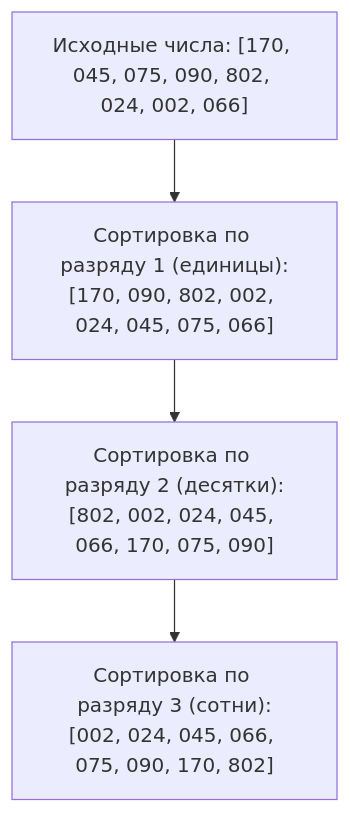
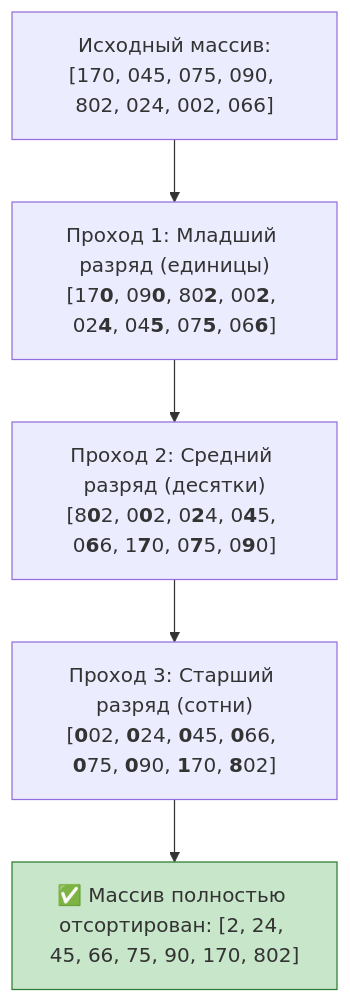
Before and after one commit to Kefirleos/itmo-vault: the second of 2 diagrams in Конспекты/1 семестр/Поток 2/Алгоритмы и структуры данных/02. Лекция - Линейные сортировки (Counting, Radix, Bucket) и нижняя оценка сравнений (2026-09-19).md, drawn with Mermaid. The commit also changed other lines of this file and 2 other files, not shown here.

````diff
--- a/Конспекты/1 семестр/Поток 2/Алгоритмы и структуры данных/02. Лекция - Линейные сортировки (Counting, Radix, Bucket) и нижняя оценка сравнений (2026-09-19).md
+++ b/Конспекты/1 семестр/Поток 2/Алгоритмы и структуры данных/02. Лекция - Линейные сортировки (Counting, Radix, Bucket) и нижняя оценка сравнений (2026-09-19).md
@@ -131,6 +203,8 @@
 ```mermaid
 graph TD
-    A["Исходные числа: [170, 045, 075, 090, 802, 024, 002, 066]"] --> B["Сортировка по разряду 1 (единицы):<br>[170, 090, 802, 002, 024, 045, 075, 066]"]
-    B --> C["Сортировка по разряду 2 (десятки):<br>[802, 002, 024, 045, 066, 170, 075, 090]"]
-    C --> D["Сортировка по разряду 3 (сотни):<br>[002, 024, 045, 066, 075, 090, 170, 802]"]
+    Orig["Исходный массив:<br>[170, 045, 075, 090, 802, 024, 002, 066]"] --> Pass1["Проход 1: Младший разряд (единицы)<br>[17<b>0</b>, 09<b>0</b>, 80<b>2</b>, 00<b>2</b>, 02<b>4</b>, 04<b>5</b>, 07<b>5</b>, 06<b>6</b>]"]
+    Pass1 --> Pass2["Проход 2: Средний разряд (десятки)<br>[8<b>0</b>2, 0<b>0</b>2, 0<b>2</b>4, 0<b>4</b>5, 0<b>6</b>6, 1<b>7</b>0, 0<b>7</b>5, 0<b>9</b>0]"]
+    Pass2 --> Pass3["Проход 3: Старший разряд (сотни)<br>[<b>0</b>02, <b>0</b>24, <b>0</b>45, <b>0</b>66, <b>0</b>75, <b>0</b>90, <b>1</b>70, <b>8</b>02]"]
+    Pass3 --> Done["✅ Массив полностью отсортирован: [2, 24, 45, 66, 75, 90, 170, 802]"]
+    style Done fill:#c8e6c9,stroke:#2e7d32
 ```
````
